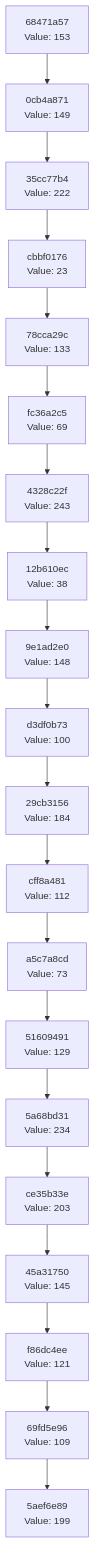
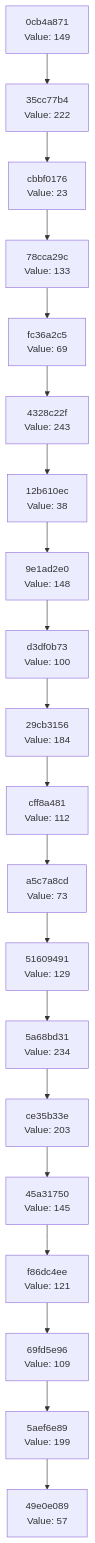
One commit to Abhisheksinha1506/hash-chain-evolver changed the diagram in docs/CHAIN_VISUALIZATION.md. Above: the diagram before and after it, drawn with Mermaid. The commit also changed 2 other files, not shown here.

Commit message:
Evolution step: hash 0x39 → action executed

````diff
--- a/docs/CHAIN_VISUALIZATION.md
+++ b/docs/CHAIN_VISUALIZATION.md
@@ -3,42 +3,42 @@
 ```mermaid
 graph TD
-    C0["5aef6e89<br/>Value: 199"]
-    C1["69fd5e96<br/>Value: 109"]
+    C0["49e0e089<br/>Value: 57"]
+    C1["5aef6e89<br/>Value: 199"]
     C1 --> C0
-    C2["f86dc4ee<br/>Value: 121"]
+    C2["69fd5e96<br/>Value: 109"]
     C2 --> C1
-    C3["45a31750<br/>Value: 145"]
+    C3["f86dc4ee<br/>Value: 121"]
     C3 --> C2
-    C4["ce35b33e<br/>Value: 203"]
+    C4["45a31750<br/>Value: 145"]
     C4 --> C3
-    C5["5a68bd31<br/>Value: 234"]
+    C5["ce35b33e<br/>Value: 203"]
     C5 --> C4
-    C6["51609491<br/>Value: 129"]
+    C6["5a68bd31<br/>Value: 234"]
     C6 --> C5
-    C7["a5c7a8cd<br/>Value: 73"]
+    C7["51609491<br/>Value: 129"]
     C7 --> C6
-    C8["cff8a481<br/>Value: 112"]
+    C8["a5c7a8cd<br/>Value: 73"]
     C8 --> C7
-    C9["29cb3156<br/>Value: 184"]
+    C9["cff8a481<br/>Value: 112"]
     C9 --> C8
-    C10["d3df0b73<br/>Value: 100"]
+    C10["29cb3156<br/>Value: 184"]
     C10 --> C9
-    C11["9e1ad2e0<br/>Value: 148"]
+    C11["d3df0b73<br/>Value: 100"]
     C11 --> C10
-    C12["12b610ec<br/>Value: 38"]
+    C12["9e1ad2e0<br/>Value: 148"]
     C12 --> C11
-    C13["4328c22f<br/>Value: 243"]
+    C13["12b610ec<br/>Value: 38"]
     C13 --> C12
-    C14["fc36a2c5<br/>Value: 69"]
+    C14["4328c22f<br/>Value: 243"]
     C14 --> C13
-    C15["78cca29c<br/>Value: 133"]
+    C15["fc36a2c5<br/>Value: 69"]
     C15 --> C14
-    C16["cbbf0176<br/>Value: 23"]
+    C16["78cca29c<br/>Value: 133"]
     C16 --> C15
-    C17["35cc77b4<br/>Value: 222"]
+    C17["cbbf0176<br/>Value: 23"]
     C17 --> C16
-    C18["0cb4a871<br/>Value: 149"]
+    C18["35cc77b4<br/>Value: 222"]
     C18 --> C17
-    C19["68471a57<br/>Value: 153"]
+    C19["0cb4a871<br/>Value: 149"]
     C19 --> C18
 ```
````
